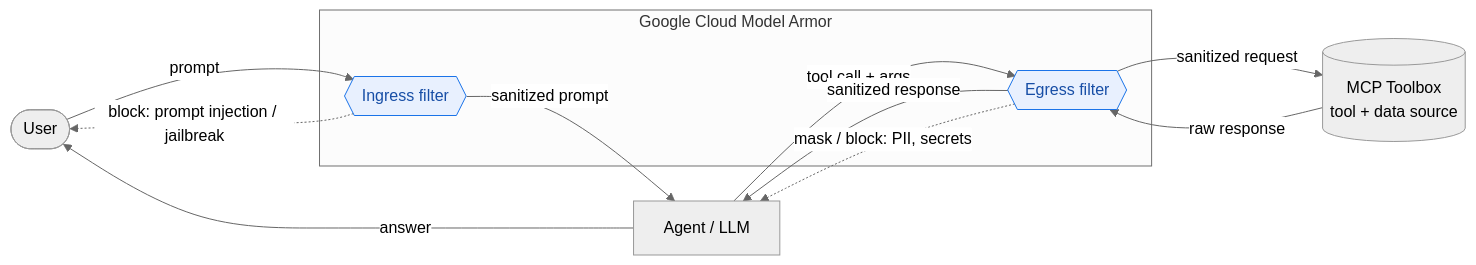
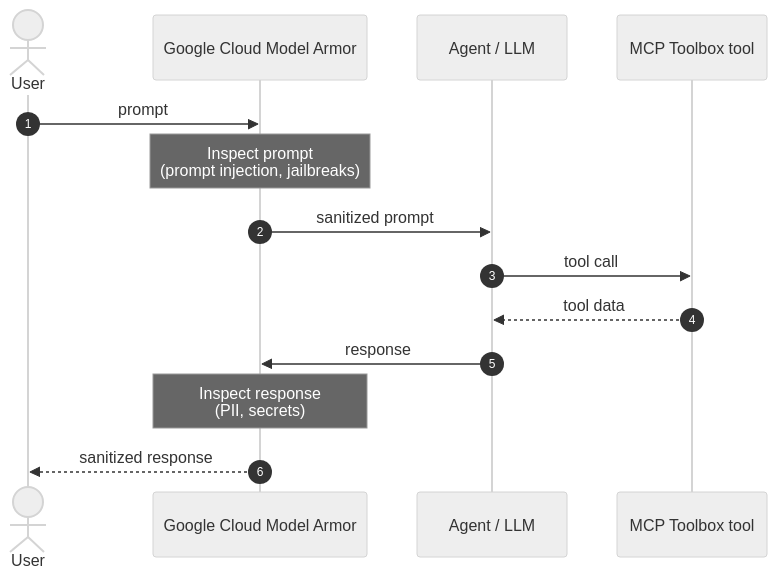
One commit to googleapis/genai-toolbox changed the diagram in docs/en/documentation/security/model-armor.md. Above: the diagram before and after it, drawn with Mermaid (neutral theme). The commit also changed other lines of this file, not shown here.

Commit message:
docs(security): rework Model Armor architecture diagram as sequence flow

````diff
--- a/docs/en/documentation/security/model-armor.md
+++ b/docs/en/documentation/security/model-armor.md
@@ -27,25 +27,17 @@
 ```mermaid
-flowchart LR
-    User([User])
-    Agent[Agent / LLM]
-    Tool[(MCP Toolbox<br/>tool + data source)]
+sequenceDiagram
+    autonumber
+    actor User
+    participant MA as Google Cloud Model Armor
+    participant Agent as Agent / LLM
+    participant Tool as MCP Toolbox tool
 
-    subgraph MA["Google Cloud Model Armor"]
-        In{{Ingress filter}}
-        Out{{Egress filter}}
-    end
-
-    User -->|prompt| In
-    In -->|sanitized prompt| Agent
-    Agent -->|tool call + args| Out
-    Out -->|sanitized request| Tool
-    Tool -->|raw response| Out
-    Out -->|sanitized response| Agent
-    Agent -->|answer| User
-
-    In -.->|block: prompt injection / jailbreak| User
-    Out -.->|mask / block: PII, secrets| Agent
-
-    classDef armor fill:#e8f0fe,stroke:#1a73e8,color:#174ea6;
-    class In,Out armor;
+    User->>MA: prompt
+    Note over MA: Inspect prompt<br/>(prompt injection, jailbreaks)
+    MA->>Agent: sanitized prompt
+    Agent->>Tool: tool call
+    Tool-->>Agent: tool data
+    Agent->>MA: response
+    Note over MA: Inspect response<br/>(PII, secrets)
+    MA-->>User: sanitized response
 ```
````
